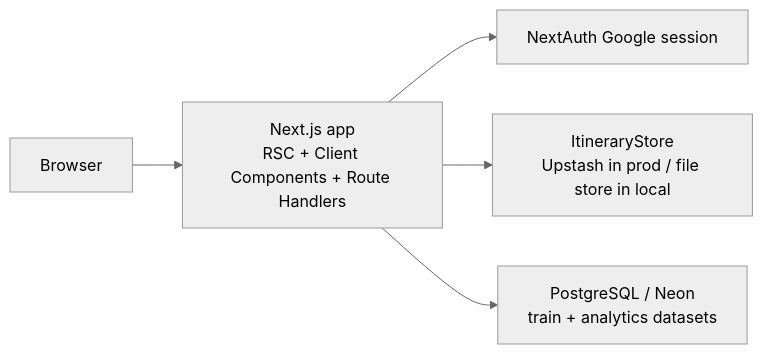
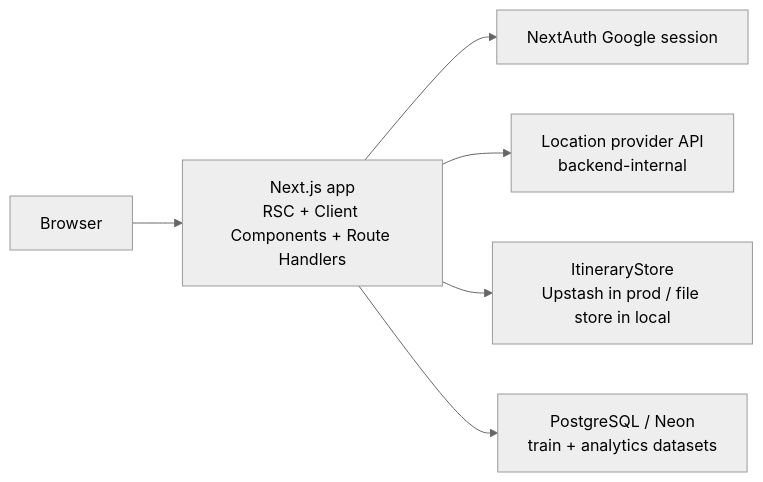
The first of 2 diagrams in travel-plan-web-next/docs/system-architecture.md (moukayz/my-tesm-tests), drawn with Mermaid (neutral theme) before and after one commit. The commit also changed other lines of this file and 40 other files, not shown here.

````diff
--- a/travel-plan-web-next/docs/system-architecture.md
+++ b/travel-plan-web-next/docs/system-architecture.md
@@ -7,13 +7,15 @@
 ```mermaid
 flowchart LR
     Browser[Browser]
     Next[Next.js app\nRSC + Client Components + Route Handlers]
     Auth[NextAuth Google session]
+    Lookup[Location provider API\nbackend-internal]
     Store[ItineraryStore\nUpstash in prod / file store in local]
     PG[PostgreSQL / Neon\ntrain + analytics datasets]
 
     Browser --> Next
     Next --> Auth
+    Next --> Lookup
     Next --> Store
     Next --> PG
 ```
````
